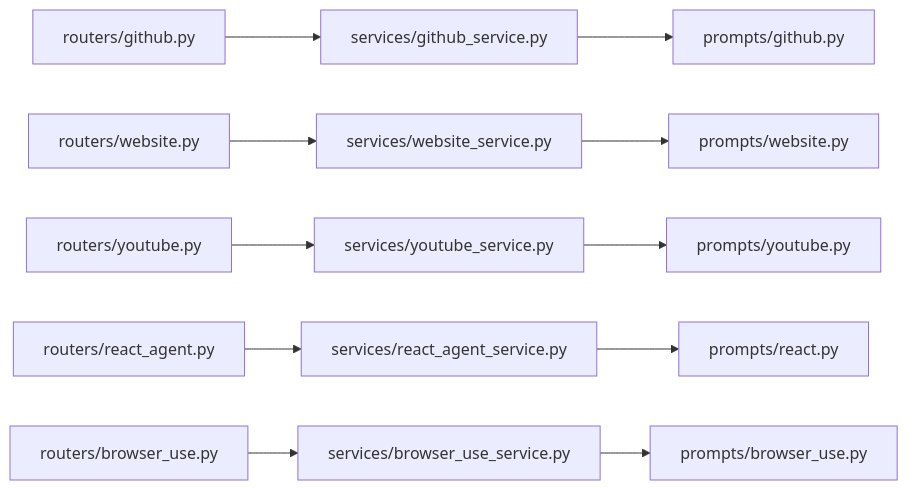
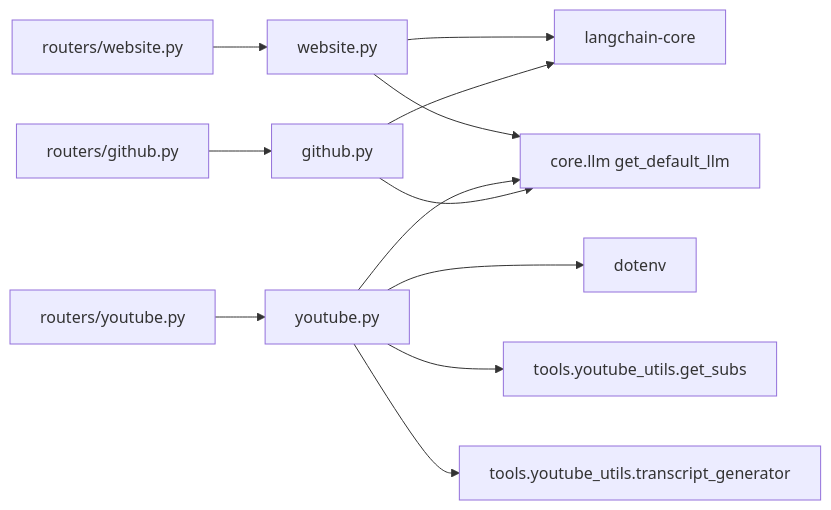
The sixth of 6 diagrams in src/data/docs/agentic-browser/Prompts and Prompt Engineering/Service-Specific Prompts.md (tashifkhan/tashif.codes), drawn with Mermaid before and after one commit. The commit also changed other lines of this file and 114 other files, not shown here.

````diff
--- a/src/data/docs/agentic-browser/Prompts and Prompt Engineering/Service-Specific Prompts.md
+++ b/src/data/docs/agentic-browser/Prompts and Prompt Engineering/Service-Specific Prompts.md
@@ -165,13 +143,14 @@
 ```mermaid
 graph LR
-R_GH["routers/github.py"] --> S_GH["services/github_service.py"]
-S_GH --> P_GH["prompts/github.py"]
-R_WEB["routers/website.py"] --> S_WEB["services/website_service.py"]
-S_WEB --> P_WEB["prompts/website.py"]
-R_YT["routers/youtube.py"] --> S_YT["services/youtube_service.py"]
-S_YT --> P_YT["prompts/youtube.py"]
-R_REACT["routers/react_agent.py"] --> S_REACT["services/react_agent_service.py"]
-S_REACT --> P_REACT["prompts/react.py"]
-R_BROWSER["routers/browser_use.py"] --> S_BROWSER["services/browser_use_service.py"]
-S_BROWSER --> P_BROWSER["prompts/browser_use.py"]
+  PW["website.py"] --> LLM["core.llm get_default_llm"]
+  PW --> LC["langchain-core"]
+  PY["youtube.py"] --> LLM
+  PY --> TG["tools.youtube_utils.transcript_generator"]
+  PY --> GS["tools.youtube_utils.get_subs"]
+  PY --> DOT["dotenv"]
+  PG["github.py"] --> LLM
+  PG --> LC
+  RW["routers/website.py"] --> PW
+  RY["routers/youtube.py"] --> PY
+  RG["routers/github.py"] --> PG
 ```
````
